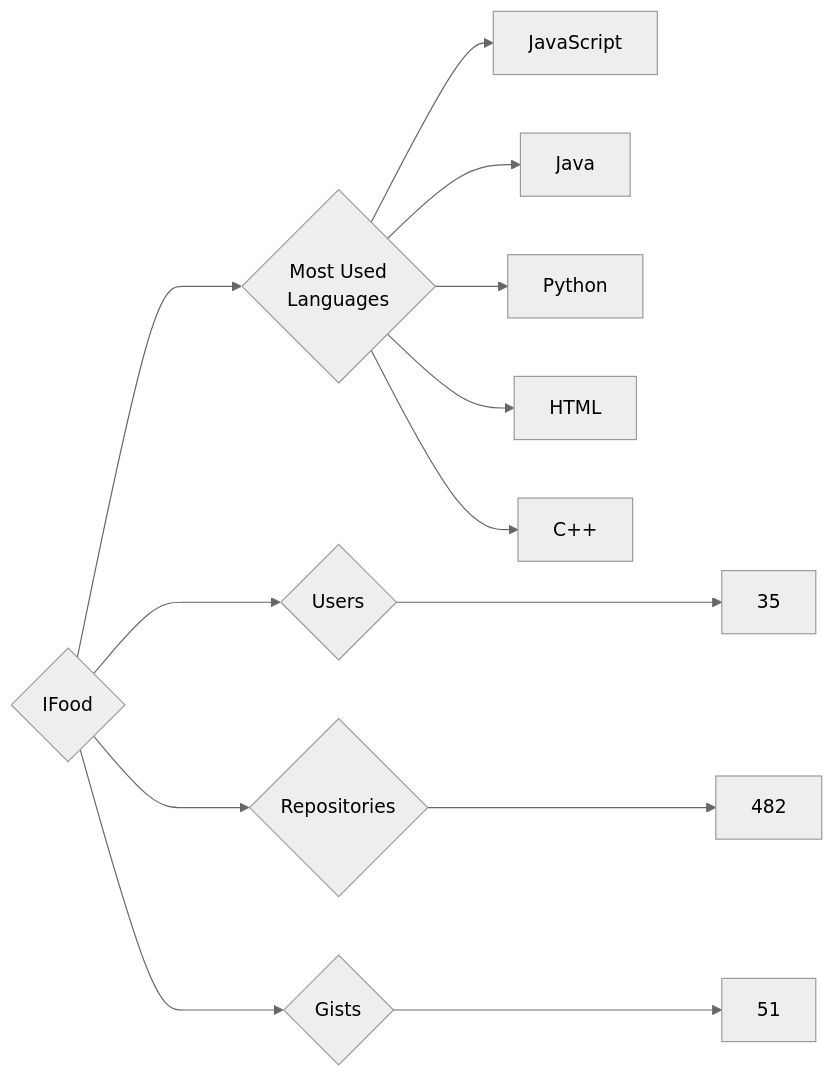
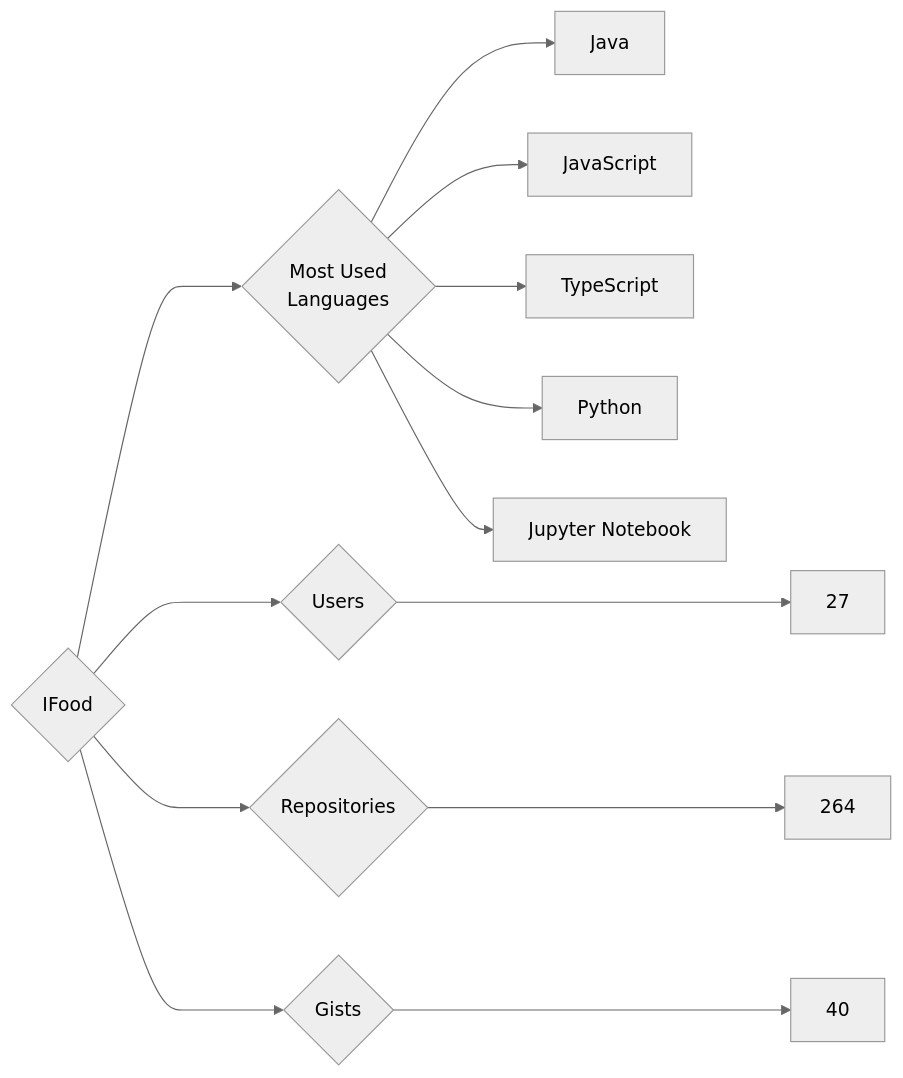
One commit to trickest/insiders changed the diagram in targets/IFood/README.md. Above: the diagram before and after it, drawn with Mermaid (neutral theme). The commit also changed 912 other files, not shown here.

````diff
--- a/targets/IFood/README.md
+++ b/targets/IFood/README.md
@@ -3,13 +3,13 @@
 ```mermaid
 graph LR
 COMPANY_NAME{IFood}
-COMPANY_NAME ---> U{Users} ---> UN[35]
-COMPANY_NAME ---> R{Repositories} ---> RN[482]
-COMPANY_NAME ---> G{Gists} ---> GN[51]
+COMPANY_NAME ---> U{Users} ---> UN[27]
+COMPANY_NAME ---> R{Repositories} ---> RN[264]
+COMPANY_NAME ---> G{Gists} ---> GN[40]
 COMPANY_NAME ---> ML{Most Used<br>Languages}
+ML --> Java[Java]
 ML --> JavaScript[JavaScript]
-ML --> Java[Java]
+ML --> TypeScript[TypeScript]
 ML --> Python[Python]
-ML --> HTML[HTML]
-ML --> C++[C++]
+ML --> Jupyter_Notebook[Jupyter Notebook]
 ```
````
